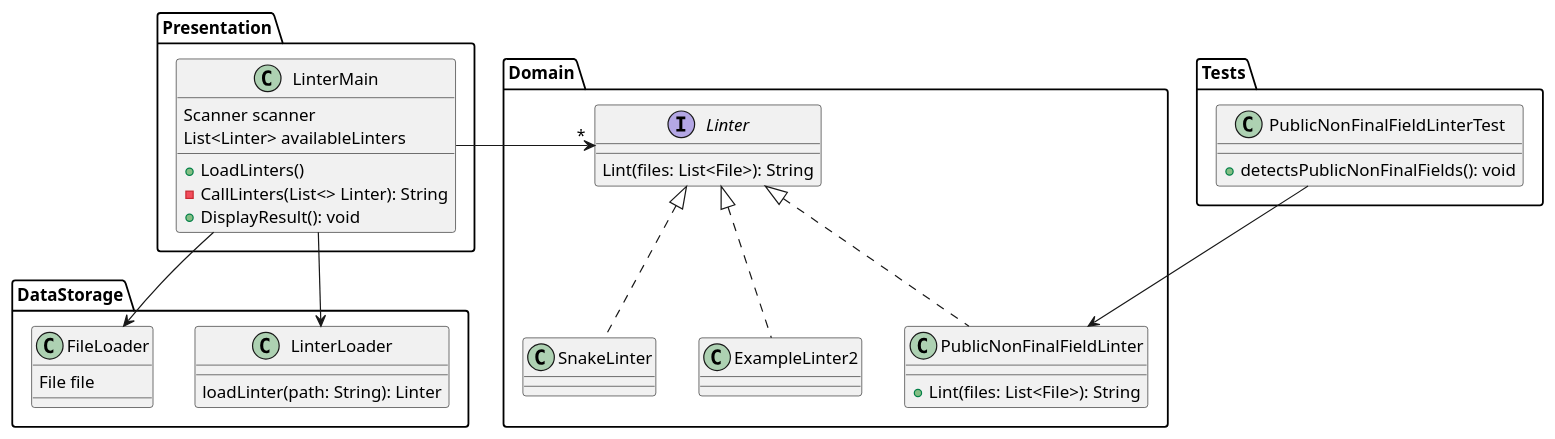
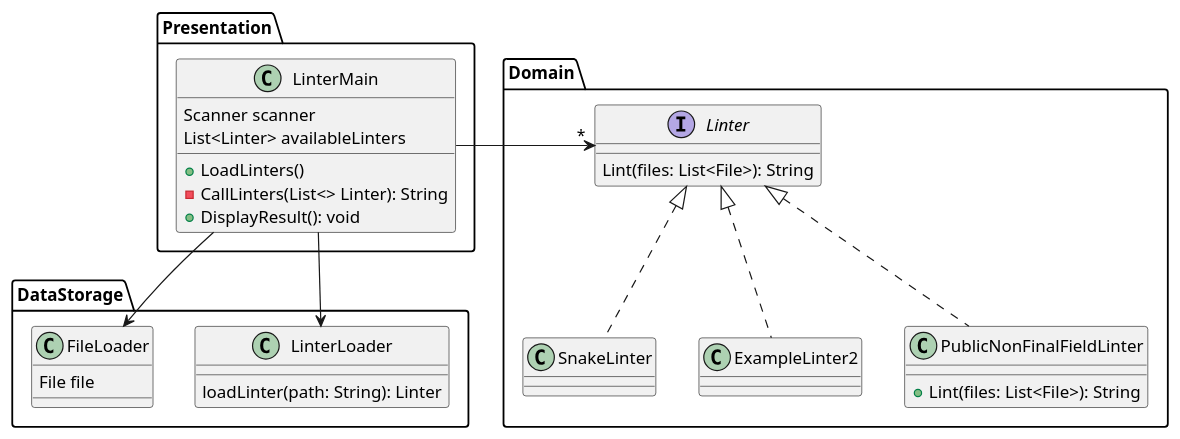
Before and after one commit to rhit-medleymc/CSSE374-Linter-Project: the diagram in plan.puml, drawn with PlantUML.

Commit message:
updated puml

```diff
--- a/plan.puml
+++ b/plan.puml
@@ -1,57 +1,52 @@
 @startuml
 
 
     package Domain{
         interface Linter{
             Lint(files: List<File>): String
         }
         class SnakeLinter implements Linter{
         }
 
 
         class ExampleLinter2 implements Linter{
         }
 
         class PublicNonFinalFieldLinter implements Linter{
             +Lint(files: List<File>): String
         }
 
 
     }
 
 
     package Presentation{
         class LinterMain{
             Scanner scanner
             List<Linter> availableLinters
             +LoadLinters()
             -CallLinters(List<> Linter): String
             +DisplayResult(): void
         }
     }
 
 
     package DataStorage{
         class LinterLoader{
             loadLinter(path: String): Linter
         }
 
 
         class FileLoader{
             File file
         }
     }
 
-    package Tests{
-        class PublicNonFinalFieldLinterTest{
-            +detectsPublicNonFinalFields(): void
-        }
-    }
-
+ 
     LinterMain ->"*" Linter
     LinterMain -d-> FileLoader
     LinterMain -d-> LinterLoader
-    PublicNonFinalFieldLinterTest --> PublicNonFinalFieldLinter
+   
 
 
     @enduml
```
